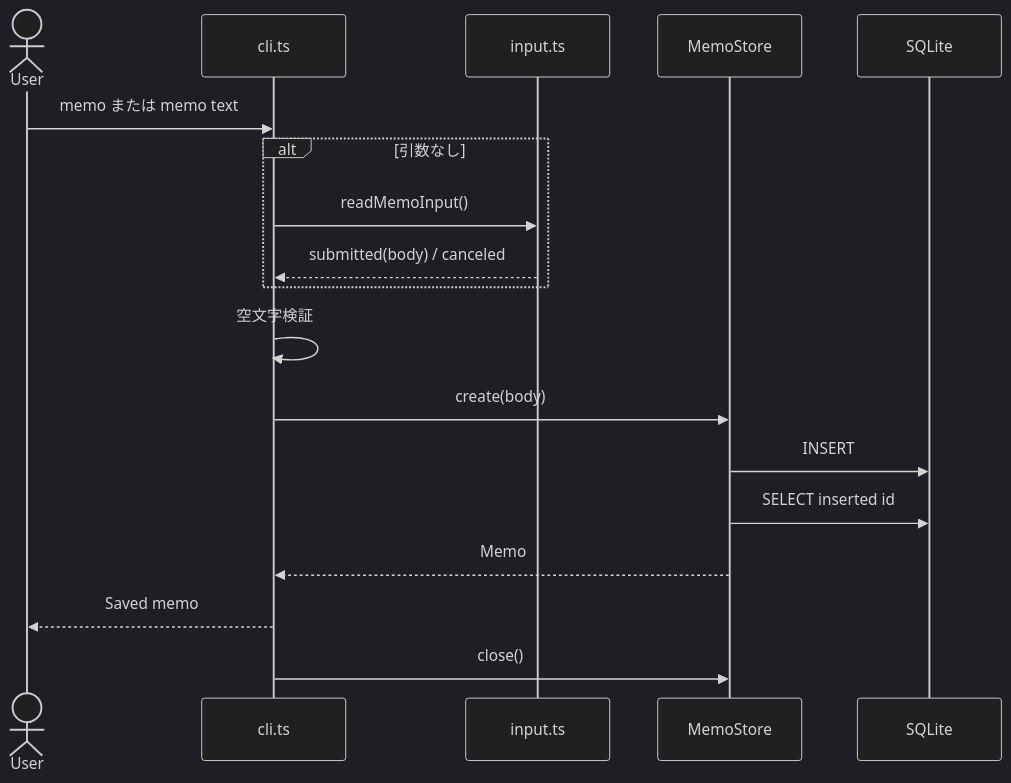
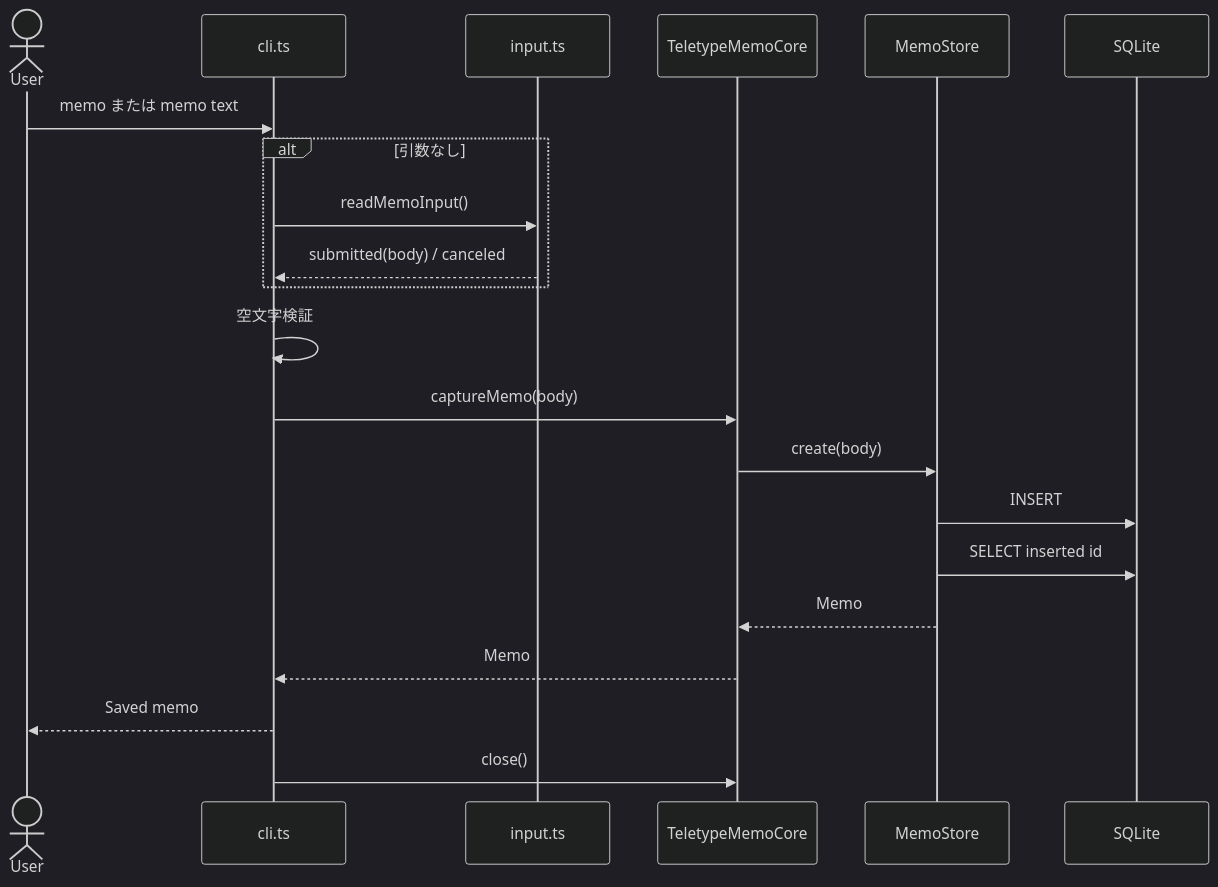
The second of 4 diagrams in docs/DETAILED_DESIGN.md (hk206/terminal-ai-memo), drawn with Mermaid (dark theme) before and after one commit. The commit also changed other lines of this file and 10 other files, not shown here.

Commit message:
refactor: extract local memo core

````diff
--- a/docs/DETAILED_DESIGN.md
+++ b/docs/DETAILED_DESIGN.md
@@ -199,21 +206,24 @@
 ```mermaid
 sequenceDiagram
     actor U as User
     participant C as cli.ts
     participant I as input.ts
+    participant Core as TeletypeMemoCore
     participant S as MemoStore
     participant D as SQLite
 
     U->>C: memo または memo text
     alt 引数なし
         C->>I: readMemoInput()
         I-->>C: submitted(body) / canceled
     end
     C->>C: 空文字検証
-    C->>S: create(body)
+    C->>Core: captureMemo(body)
+    Core->>S: create(body)
     S->>D: INSERT
     S->>D: SELECT inserted id
-    S-->>C: Memo
+    S-->>Core: Memo
+    Core-->>C: Memo
     C-->>U: Saved memo #ID
-    C->>S: close()
+    C->>Core: close()
 ```
````
